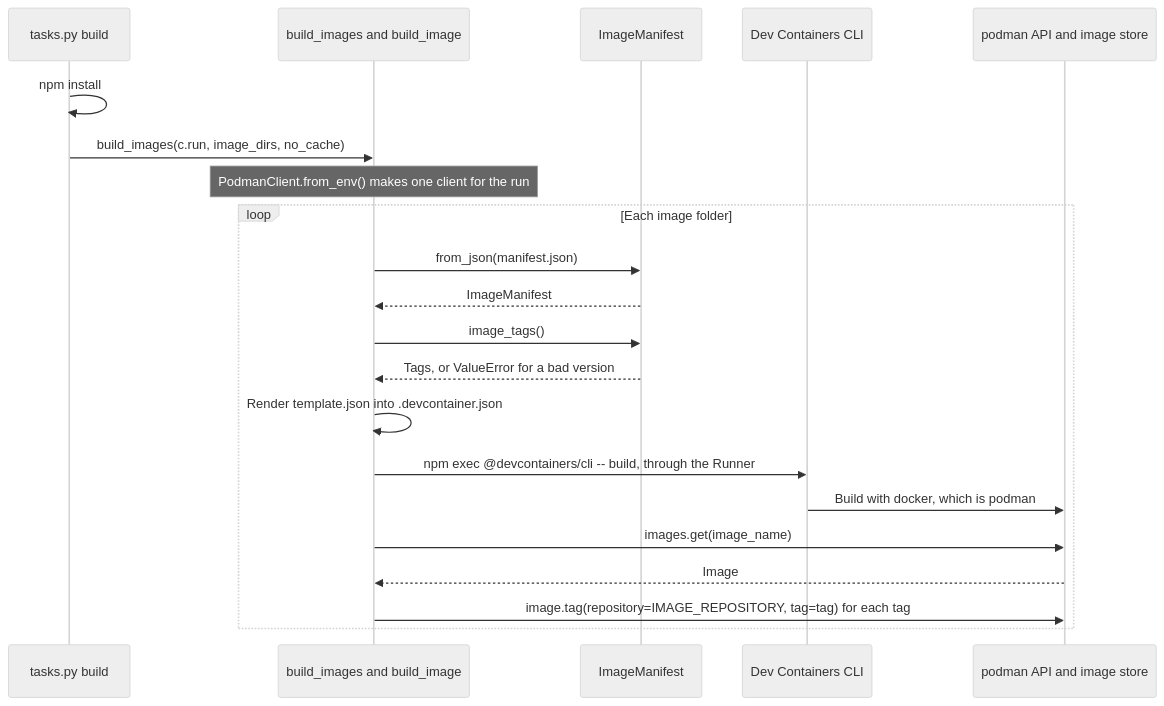
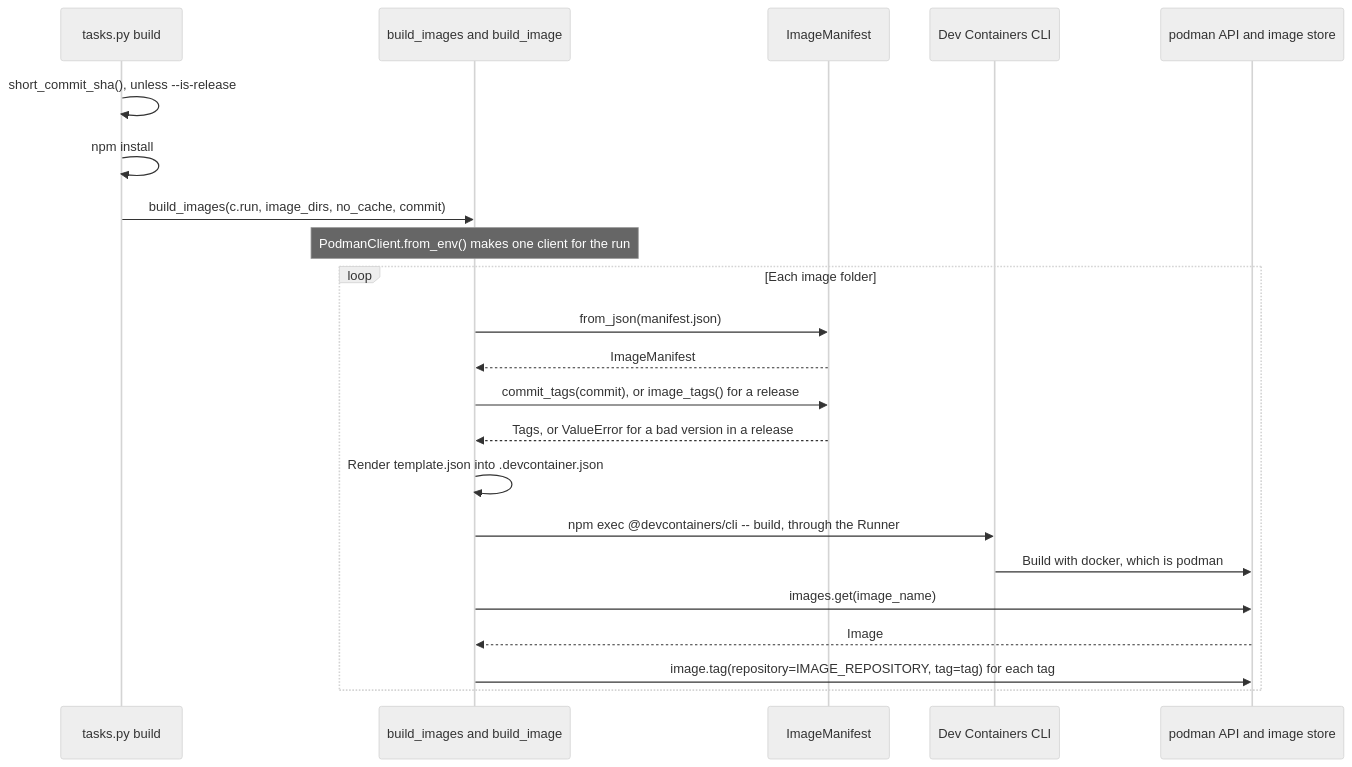
The diagram in docs/container-images/builds.md (froazin/devcontainers), drawn with Mermaid (neutral theme) before and after one commit. The commit also changed other lines of this file and 12 other files, not shown here.

First line of the commit message:
feat(images): Tag builds with the commit unless they're a release

````diff
--- a/docs/container-images/builds.md
+++ b/docs/container-images/builds.md
@@ -30,25 +30,26 @@
 ```mermaid
 sequenceDiagram
     accTitle: Building and tagging the images
-    accDescr: The build task in tasks.py runs npm install, then calls build_images, which makes one podman client. For each image folder, build_image loads the manifest and works out its tags, renders .devcontainer.json and runs the Dev Containers CLI through the Runner. The CLI builds with docker, which is podman. build_image then gets the built image from podman and tags it once for each tag.
+    accDescr: The build task in tasks.py reads the current commit's short SHA unless it's given --is-release, runs npm install, then calls build_images, which makes one podman client. For each image folder, build_image loads the manifest and works out its commit tags or, for a release, its version tags, renders .devcontainer.json and runs the Dev Containers CLI through the Runner. The CLI builds with docker, which is podman. build_image then gets the built image from podman and tags it once for each tag.
     participant task as tasks.py build
     participant build as build_images and build_image
     participant manifest as ImageManifest
     participant cli as Dev Containers CLI
     participant podman as podman API and image store
+    task->>task: short_commit_sha(), unless --is-release
     task->>task: npm install
-    task->>build: build_images(c.run, image_dirs, no_cache)
+    task->>build: build_images(c.run, image_dirs, no_cache, commit)
     Note over build: PodmanClient.from_env() makes one client for the run
     loop Each image folder
         build->>manifest: from_json(manifest.json)
         manifest-->>build: ImageManifest
-        build->>manifest: image_tags()
-        manifest-->>build: Tags, or ValueError for a bad version
+        build->>manifest: commit_tags(commit), or image_tags() for a release
+        manifest-->>build: Tags, or ValueError for a bad version in a release
         build->>build: Render template.json into .devcontainer.json
         build->>cli: npm exec @devcontainers/cli -- build, through the Runner
         cli->>podman: Build with docker, which is podman
         build->>podman: images.get(image_name)
         podman-->>build: Image
         build->>podman: image.tag(repository=IMAGE_REPOSITORY, tag=tag) for each tag
     end
 ```
````
